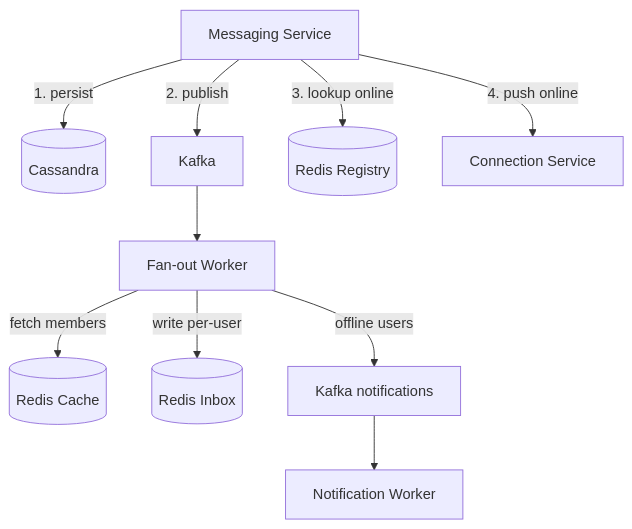
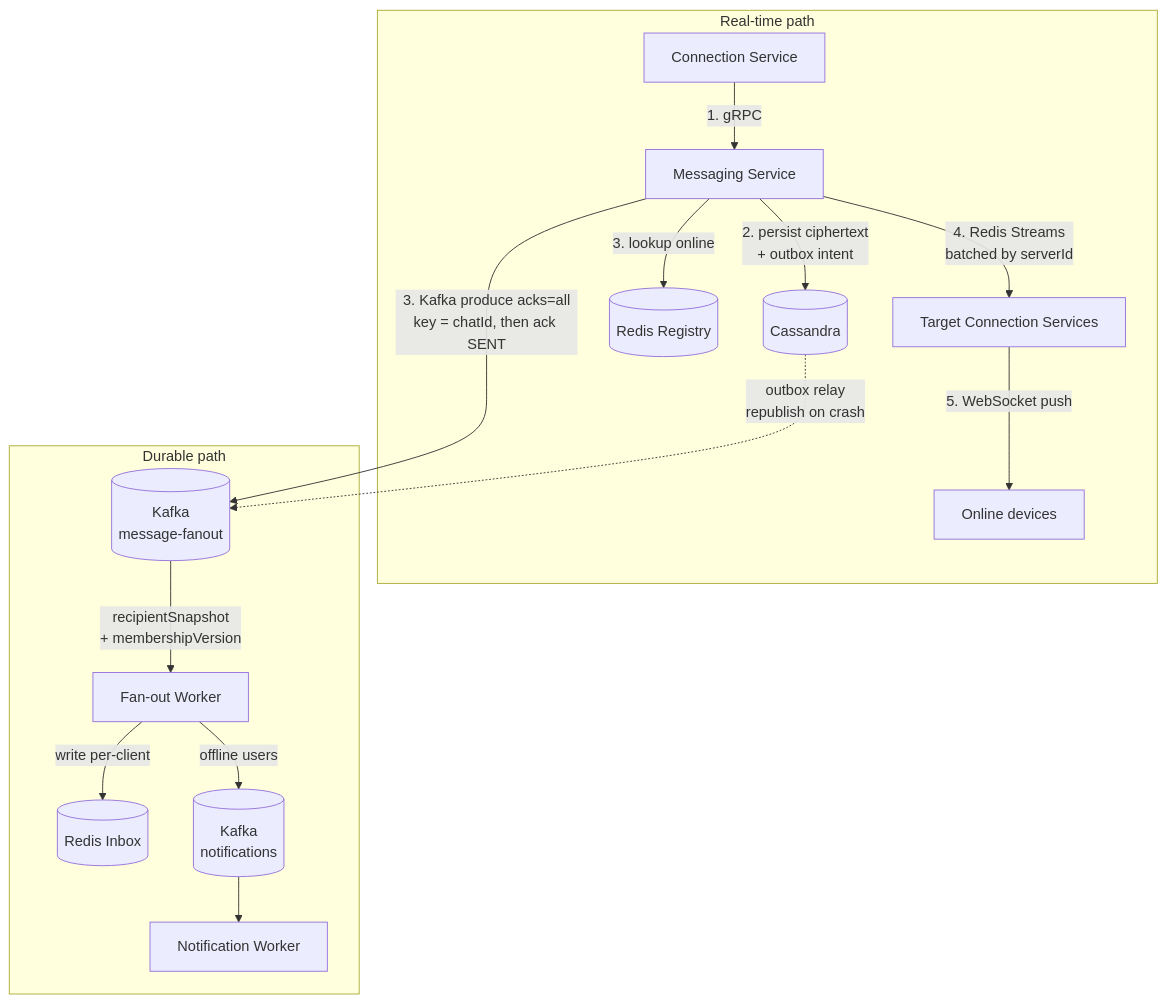
Before and after one commit to shahidbits2012/staff-plus: the second of 12 diagrams in docs/problems/messaging/chat-system.md, drawn with Mermaid. The commit also changed other lines of this file and 27 other files, not shown here.

````diff
--- a/docs/problems/messaging/chat-system.md
+++ b/docs/problems/messaging/chat-system.md
@@ -425,13 +547,19 @@
 ```mermaid
 graph TD
-    CS[Messaging Service] -->|"1. persist"| CASS[(Cassandra)]
-    CS -->|"2. publish"| KAFKA[Kafka]
-    CS -->|"3. lookup online"| REDIS[(Redis Registry)]
-    CS -->|"4. push online"| RS[Connection Service]
+    subgraph Real-time path
+        CONN[Connection Service] -->|"1. gRPC"| MS[Messaging Service]
+        MS -->|"2. persist ciphertext<br/>+ outbox intent"| CASS[(Cassandra)]
+        MS -->|"3. lookup online"| REG[(Redis Registry)]
+        MS -->|"4. Redis Streams<br/>batched by serverId"| CONN2[Target Connection Services]
+        CONN2 -->|"5. WebSocket push"| DEV[Online devices]
+    end
 
-    KAFKA --> FOS[Fan-out Worker]
-    FOS -->|"fetch members"| CACHE[(Redis Cache)]
-    FOS -->|"write per-user"| INBOX[(Redis Inbox)]
-    FOS -->|"offline users"| NOTIF[Kafka notifications]
-    NOTIF --> NW[Notification Worker]
+    subgraph Durable path
+        MS -->|"3. Kafka produce acks=all<br/>key = chatId, then ack SENT"| KAFKA[(Kafka<br/>message-fanout)]
+        CASS -.->|"outbox relay<br/>republish on crash"| KAFKA
+        KAFKA -->|"recipientSnapshot<br/>+ membershipVersion"| FOS[Fan-out Worker]
+        FOS -->|"write per-client"| INBOX[(Redis Inbox)]
+        FOS -->|"offline users"| NOTIF[(Kafka<br/>notifications)]
+        NOTIF --> NW[Notification Worker]
+    end
 ```
````
